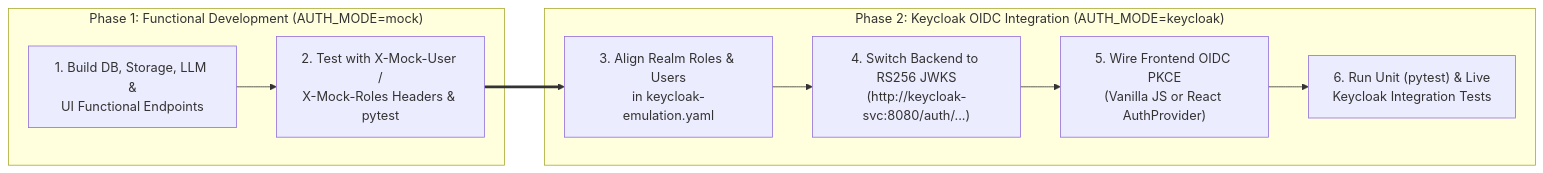
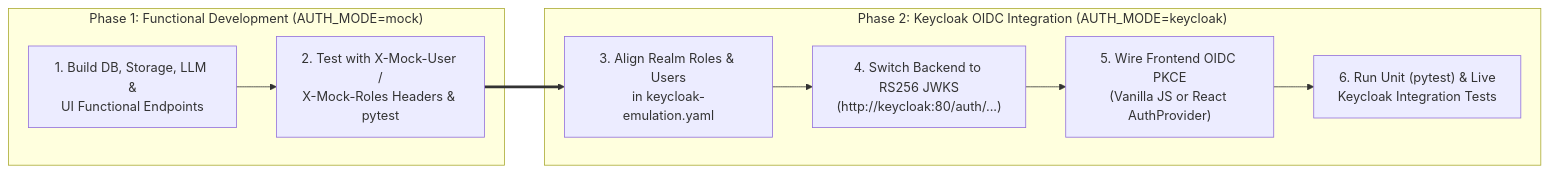
Before and after one commit to gdc-iac/gdc-iac-org: the second of 2 diagrams in docs/operations/greenfield_gdc_developer_guide.md, drawn with Mermaid. The commit also changed other lines of this file and 1 other file, not shown here.

````diff
--- a/docs/operations/greenfield_gdc_developer_guide.md
+++ b/docs/operations/greenfield_gdc_developer_guide.md
@@ -1260,16 +1352,16 @@
 ```mermaid
 flowchart LR
     subgraph PHASE1["Phase 1: Functional Development (AUTH_MODE=mock)"]
         F1["1. Build DB, Storage, LLM &\nUI Functional Endpoints"]
         F2["2. Test with X-Mock-User /\nX-Mock-Roles Headers & pytest"]
     end
 
     subgraph PHASE2["Phase 2: Keycloak OIDC Integration (AUTH_MODE=keycloak)"]
         K1["3. Align Realm Roles & Users\nin keycloak-emulation.yaml"]
-        K2["4. Switch Backend to RS256 JWKS\n(http://keycloak-svc:8080/auth/...)"]
+        K2["4. Switch Backend to RS256 JWKS\n(http://keycloak:80/auth/...)"]
         K3["5. Wire Frontend OIDC PKCE\n(Vanilla JS or React AuthProvider)"]
         K4["6. Run Unit (pytest) & Live\nKeycloak Integration Tests"]
     end
 
     F1 --> F2 ==> K1 --> K2 --> K3 --> K4
 ```
````
